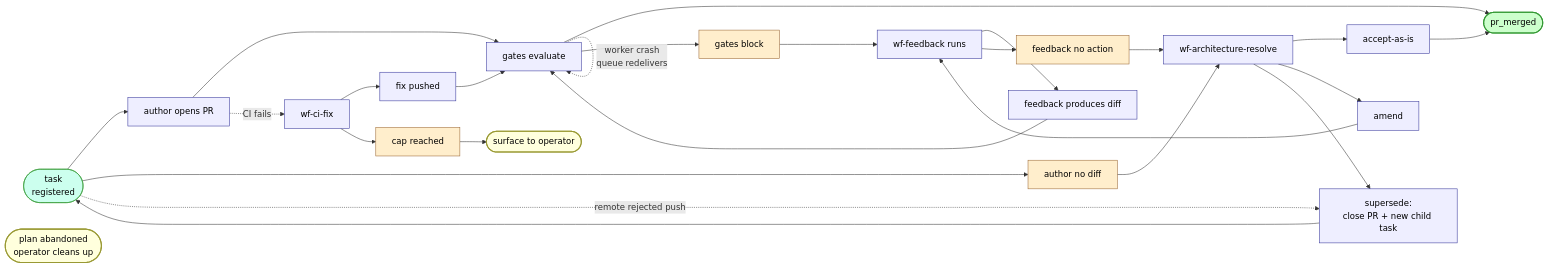
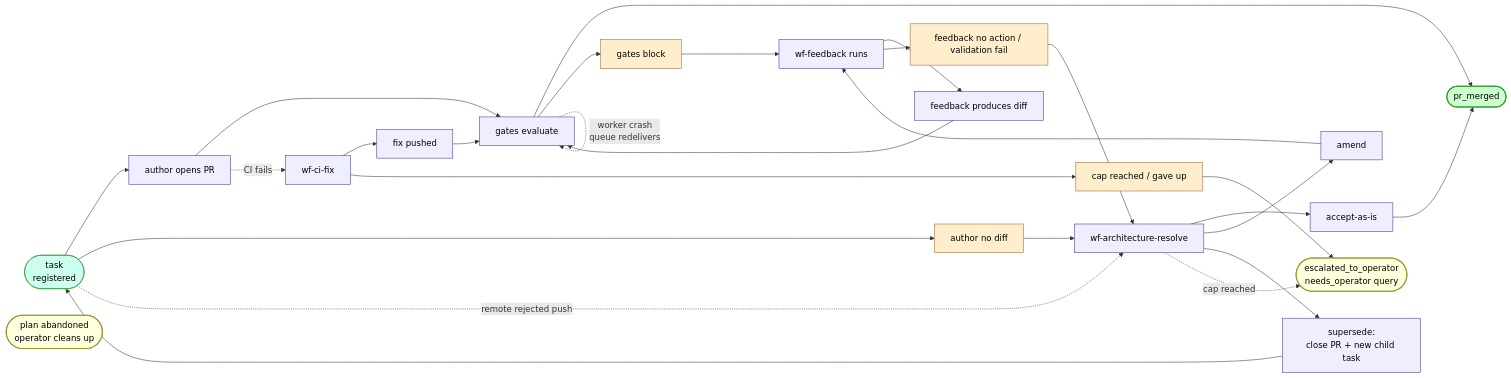
Before and after one commit to joeLepper/treadmill: the diagram in docs/diagrams/task-flow-dead-ends.md, drawn with Mermaid. The commit also changed other lines of this file and 2 other files, not shown here.

First line of the commit message:
Diagrams: reconcile feedback + dead-end flows to merged code (ADR-0048) (#196)

````diff
--- a/docs/diagrams/task-flow-dead-ends.md
+++ b/docs/diagrams/task-flow-dead-ends.md
@@ -27,44 +30,45 @@
 ```mermaid
 flowchart LR
   TASK([task<br>registered]):::start
 
   TASK --> AUTHOR_OK[author opens PR]:::flow
   TASK --> AUTHOR_NO_DIFF[author no diff]:::warn
-  TASK -. "remote rejected push" .-> SUPER
+  TASK -. "remote rejected push" .-> ARCH
 
   AUTHOR_OK --> GATES[gates evaluate]:::flow
   GATES --> MERGED([pr_merged]):::good
   GATES --> GATES_BLOCK[gates block]:::warn
 
   GATES_BLOCK --> FB[wf-feedback runs]:::flow
   FB --> FB_DIFF[feedback produces diff]:::flow
-  FB --> FB_NO_ACTION[feedback no action]:::warn
+  FB --> FB_NO_ACTION[feedback no action / validation fail]:::warn
 
   FB_DIFF --> GATES
   FB_NO_ACTION --> ARCH[wf-architecture-resolve]:::flow
   AUTHOR_NO_DIFF --> ARCH
 
   ARCH --> ARCH_ACCEPT[accept-as-is]:::flow
   ARCH --> ARCH_AMEND[amend]:::flow
   ARCH --> SUPER[supersede:<br>close PR + new child task]:::flow
+  ARCH -. "cap reached" .-> OPERATOR
 
   ARCH_ACCEPT --> MERGED
   ARCH_AMEND --> FB
   SUPER --> TASK
 
   AUTHOR_OK -. "CI fails" .-> CIFIX[wf-ci-fix]:::flow
   CIFIX --> CIFIX_OK[fix pushed]:::flow
-  CIFIX --> CIFIX_CAP[cap reached]:::warn
+  CIFIX --> CIFIX_CAP[cap reached / gave up]:::warn
   CIFIX_OK --> GATES
-  CIFIX_CAP --> OPERATOR([surface to operator]):::operator
+  CIFIX_CAP --> OPERATOR([escalated_to_operator<br>needs_operator query]):::operator
 
   GATES -. "worker crash<br>queue redelivers" .-> GATES
 
   ABANDON([plan abandoned<br>operator cleans up]):::operator
 
   classDef start fill:#cfe,stroke:#393,color:#000
   classDef flow fill:#eef,stroke:#339,color:#000
   classDef warn fill:#fec,stroke:#963,color:#000
   classDef good fill:#cfc,stroke:#393,color:#000,stroke-width:2
   classDef operator fill:#ffd,stroke:#993,color:#000,stroke-width:2
 ```
````
